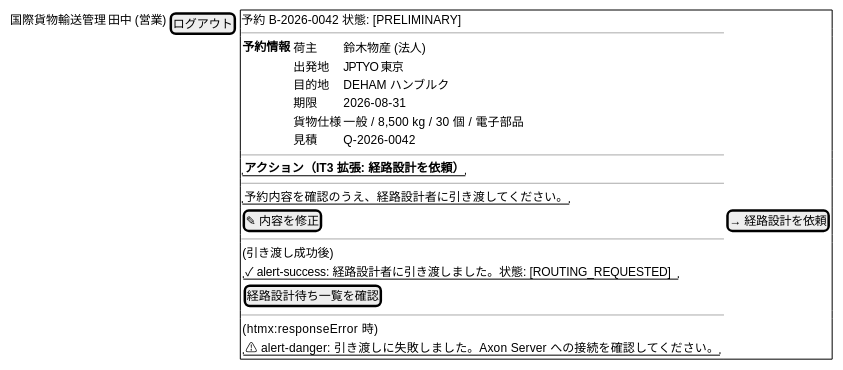
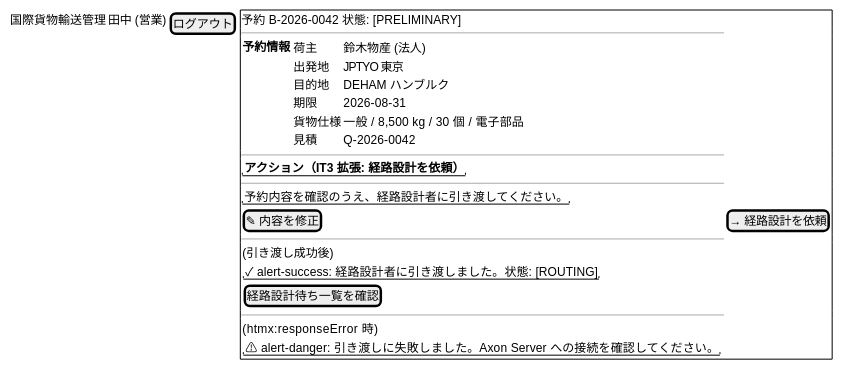
One commit to k2works/case-study-cargo-tracker changed the eighth of 11 diagrams in docs/development/iteration_plan-3.md. Above: the diagram before and after it, drawn with PlantUML. The commit also changed other lines of this file, not shown here.

Commit message:
docs(iteration-3): US06 完了状況反映と ROUTING_REQUESTED → ROUTING 表記統一

````diff
--- a/docs/development/iteration_plan-3.md
+++ b/docs/development/iteration_plan-3.md
@@ -549,40 +549,40 @@
 ```plantuml
 @startsalt
 {
   {
     国際貨物輸送管理 | 田中 (営業) | [ログアウト]
   } |
   {+
     予約 B-2026-0042  状態: [PRELIMINARY]
     ---
     {
       **予約情報** |
       {
         荷主     | 鈴木物産 (法人)
         出発地   | JPTYO 東京
         目的地   | DEHAM ハンブルク
         期限     | 2026-08-31
         貨物仕様 | 一般 / 8,500 kg / 30 個 / 電子部品
         見積     | Q-2026-0042
       }
     }
     ---
     "**アクション（IT3 拡張: 経路設計を依頼）**"
     ---
     "予約内容を確認のうえ、経路設計者に引き渡してください。"
     [✎ 内容を修正] | [→ 経路設計を依頼]
     ---
     ' 引き渡し成功時（htmx hx-swap）の表示
     {(引き渡し成功後)
-      "✓ alert-success: 経路設計者に引き渡しました。状態: [ROUTING_REQUESTED]"
+      "✓ alert-success: 経路設計者に引き渡しました。状態: [ROUTING]"
       [経路設計待ち一覧を確認]
     }
     ---
     ' エラー時の表示
     {(htmx:responseError 時)
       "⚠ alert-danger: 引き渡しに失敗しました。Axon Server への接続を確認してください。"
     }
   }
 }
 @endsalt
 ```
````
